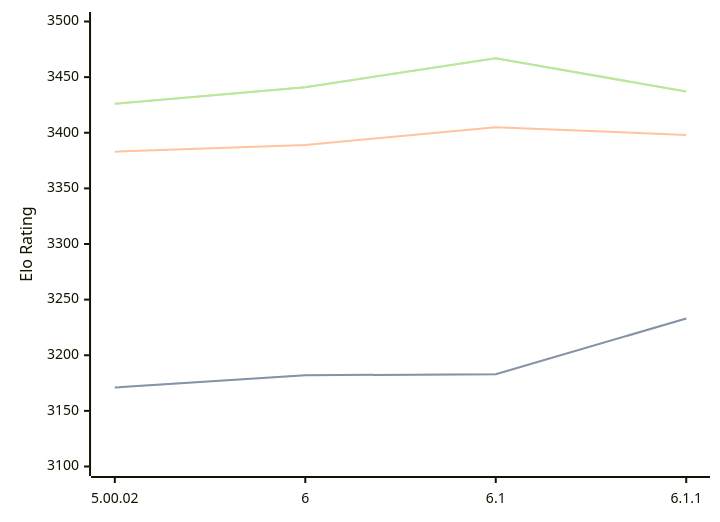
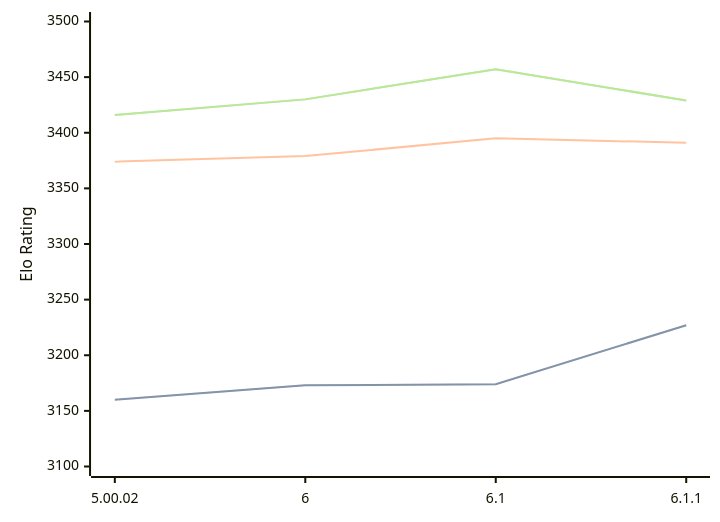
Before and after one commit to computer-chess-index/cci: the diagram in engines/Zangdar.md, drawn with Mermaid. The commit also changed other lines of this file, not shown here.

Commit message:
Update CCI Ratings (ELO VLTC) - 2026-03-19

````diff
--- a/engines/Zangdar.md
+++ b/engines/Zangdar.md
@@ -44,11 +44,11 @@
 ```mermaid
 %%{init: {"theme":"base","themeVariables":{"seriesColors:['#a3a3a3','#222221','#faa371']}}}%%
 xychart-beta
   x-axis ["5.00.02", "6", "6.1", "6.1.1"]
   y-axis "Elo Rating" 3100 --> 3500
-  line "STC (8.0+0.08s)" [3171, 3182, 3183, 3233]
-  line "STC (8.0+0.08s)" [3171, 3182, 3183, 3233]
-  line "LTC (60.0+0.60s)" [3383, 3389, 3405, 3398]
-  line "VLTC (2m24s+1.12s)" [3426, 3441, 3467, 3437]
-  line "VLTC (2m24s+1.12s)" [3426, 3441, 3467, 3437]
+  line "STC (8.0+0.08s)" [3160, 3173, 3174, 3227]
+  line "STC (8.0+0.08s)" [3160, 3173, 3174, 3227]
+  line "LTC (60.0+0.60s)" [3374, 3379, 3395, 3391]
+  line "VLTC (2m24s+1.12s)" [3416, 3430, 3457, 3429]
+  line "VLTC (2m24s+1.12s)" [3416, 3430, 3457, 3429]
 ```
````
